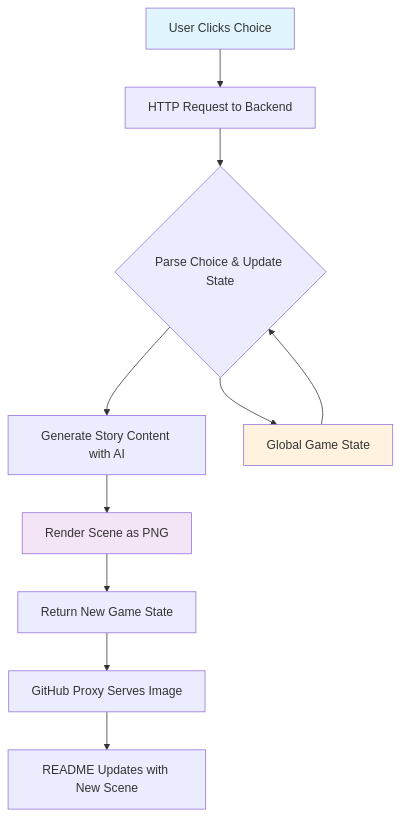
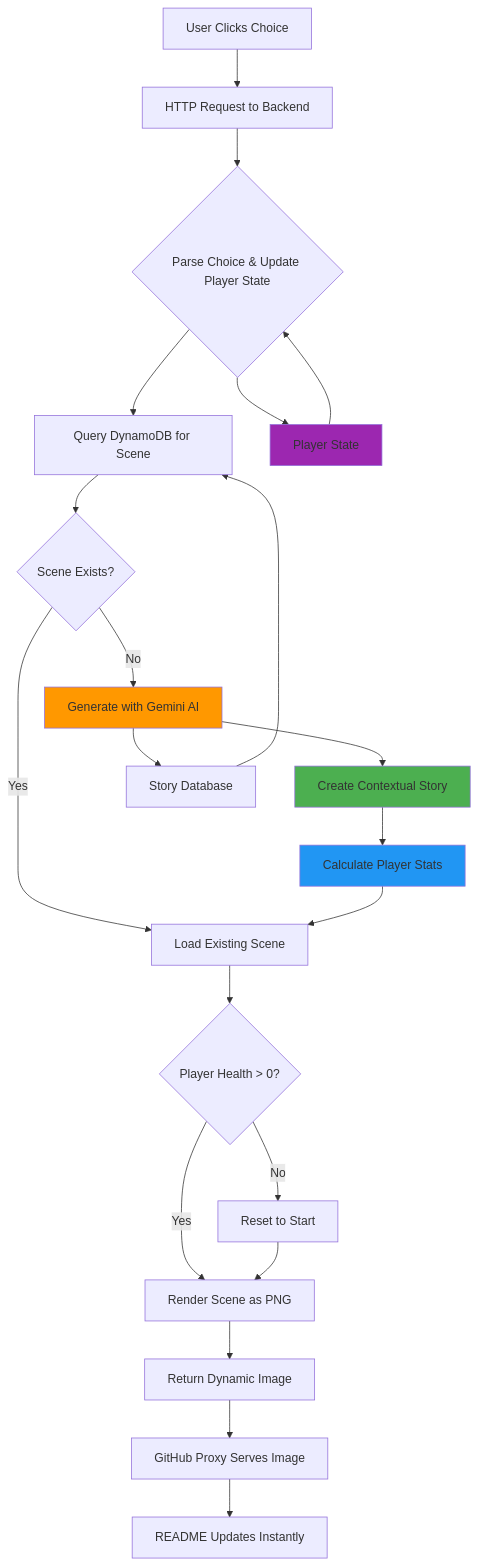
The diagram in README.md (lhnealreilly/InteractiveStoryREADME), drawn with Mermaid before and after one commit. The commit also changed other lines of this file and 4 other files, not shown here.

````diff
--- a/README.md
+++ b/README.md
@@ -67,17 +77,29 @@
 ```mermaid
 graph TB
     A[User Clicks Choice] --> B[HTTP Request to Backend]
-    B --> C{Parse Choice & Update State}
-    C --> D[Generate Story Content with AI]
-    D --> E[Render Scene as PNG]
-    E --> F[Return New Game State]
-    F --> G[GitHub Proxy Serves Image]
-    G --> H[README Updates with New Scene]
-    
-    I[Global Game State] --> C
-    C --> I
-    
-    style A fill:#e1f5fe
-    style E fill:#f3e5f5
-    style I fill:#fff3e0
+    B --> C{Parse Choice & Update Player State}
+    C --> D[Query DynamoDB for Scene]
+    D --> E{Scene Exists?}
+    E -->|No| F[Generate with Gemini AI]
+    E -->|Yes| G[Load Existing Scene]
+    F --> H[Create Contextual Story]
+    H --> I[Calculate Player Stats]
+    I --> G
+    G --> J{Player Health > 0?}
+    J -->|No| K[Reset to Start]
+    J -->|Yes| L[Render Scene as PNG]
+    K --> L
+    L --> M[Return Dynamic Image]
+    M --> N[GitHub Proxy Serves Image]
+    N --> O[README Updates Instantly]
+
+    P[Player State] --> C
+    C --> P
+    Q[Story Database] --> D
+    F --> Q
+
+    style F fill:#ff9800
+    style H fill:#4caf50
+    style I fill:#2196f3
+    style P fill:#9c27b0
 ```
````
